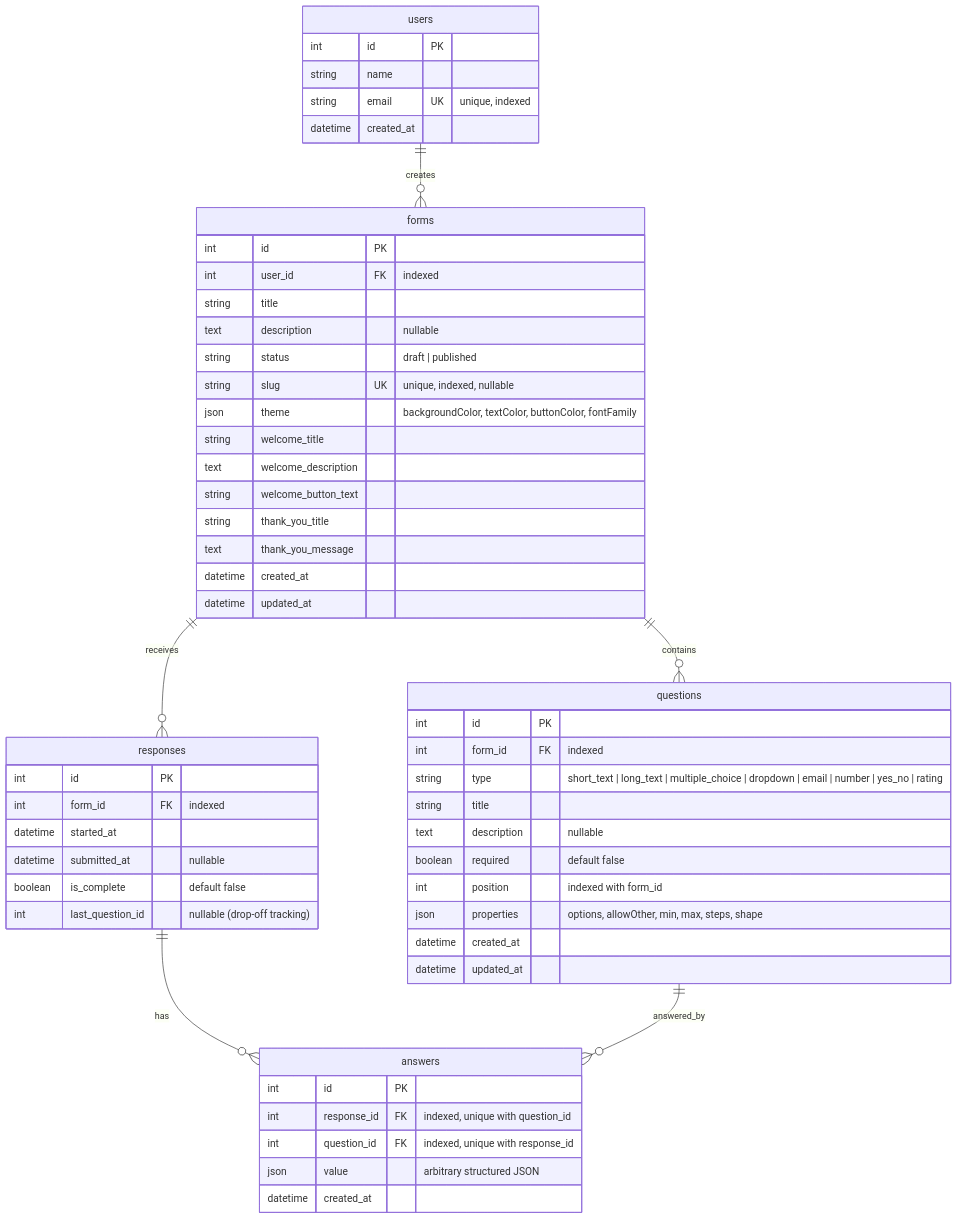
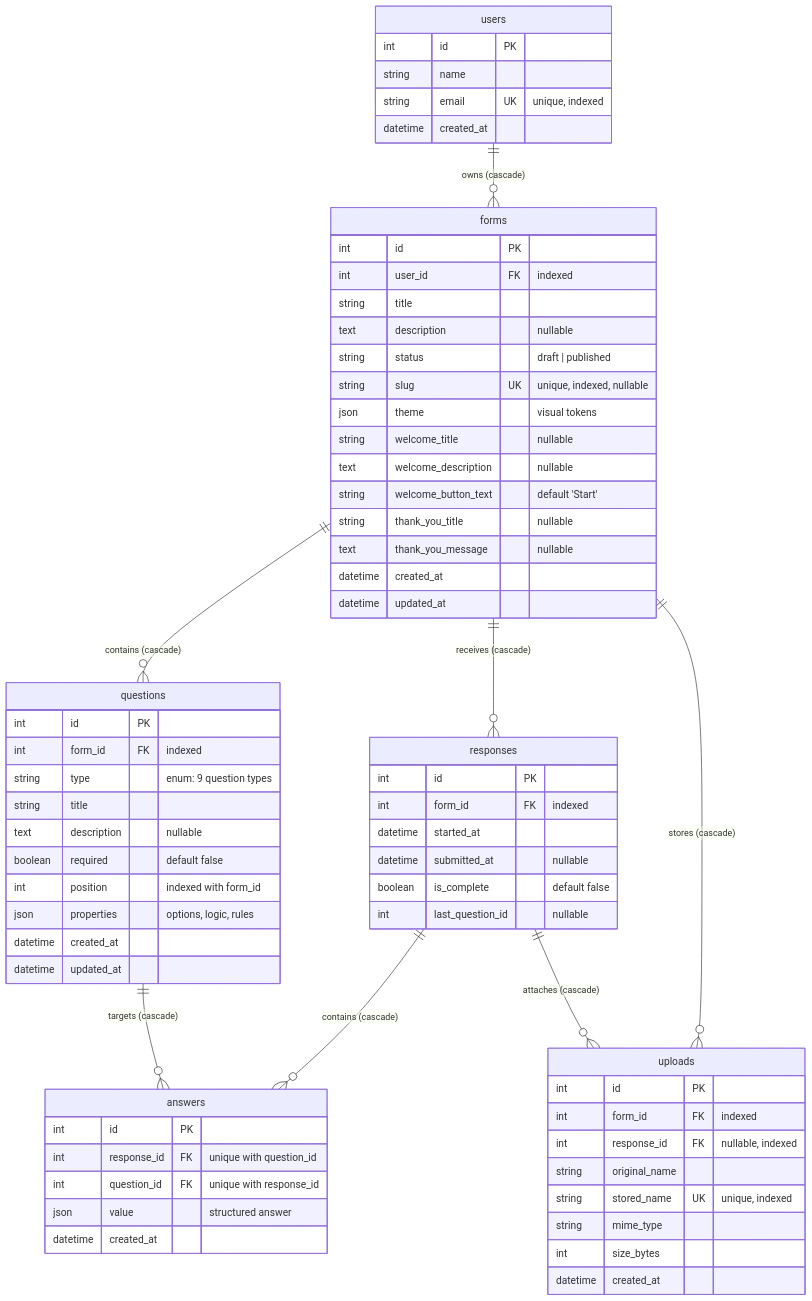
One commit to shubhamsharmass0001/scaler-typeform-builder changed the fourth of 15 diagrams in README.md. Above: the diagram before and after it, drawn with Mermaid. The commit also changed other lines of this file and 30 other files, not shown here.

Commit message:
docs: add HLD and LLD architecture diagrams

````diff
--- a/README.md
+++ b/README.md
@@ -79,62 +212,75 @@
 ```mermaid
 erDiagram
-    users ||--o{ forms : "creates"
-    forms ||--o{ questions : "contains"
-    forms ||--o{ responses : "receives"
-    responses ||--o{ answers : "has"
-    questions ||--o{ answers : "answered_by"
+    users ||--o{ forms : "owns (cascade)"
+    forms ||--o{ questions : "contains (cascade)"
+    forms ||--o{ responses : "receives (cascade)"
+    forms ||--o{ uploads : "stores (cascade)"
+    responses ||--o{ answers : "contains (cascade)"
+    responses ||--o{ uploads : "attaches (cascade)"
+    questions ||--o{ answers : "targets (cascade)"
 
     users {
         int id PK
         string name
         string email UK "unique, indexed"
         datetime created_at
     }
 
     forms {
         int id PK
         int user_id FK "indexed"
         string title
         text description "nullable"
         string status "draft | published"
         string slug UK "unique, indexed, nullable"
-        json theme "backgroundColor, textColor, buttonColor, fontFamily"
-        string welcome_title
-        text welcome_description
-        string welcome_button_text
-        string thank_you_title
-        text thank_you_message
+        json theme "visual tokens"
+        string welcome_title "nullable"
+        text welcome_description "nullable"
+        string welcome_button_text "default 'Start'"
+        string thank_you_title "nullable"
+        text thank_you_message "nullable"
         datetime created_at
         datetime updated_at
     }
 
     questions {
         int id PK
         int form_id FK "indexed"
-        string type "short_text | long_text | multiple_choice | dropdown | email | number | yes_no | rating"
+        string type "enum: 9 question types"
         string title
         text description "nullable"
         boolean required "default false"
         int position "indexed with form_id"
-        json properties "options, allowOther, min, max, steps, shape"
+        json properties "options, logic, rules"
         datetime created_at
         datetime updated_at
     }
 
     responses {
         int id PK
         int form_id FK "indexed"
         datetime started_at
         datetime submitted_at "nullable"
         boolean is_complete "default false"
-        int last_question_id "nullable (drop-off tracking)"
+        int last_question_id "nullable"
     }
 
     answers {
         int id PK
-        int response_id FK "indexed, unique with question_id"
-        int question_id FK "indexed, unique with response_id"
-        json value "arbitrary structured JSON"
+        int response_id FK "unique with question_id"
+        int question_id FK "unique with response_id"
+        json value "structured answer"
+        datetime created_at
+    }
+
+    uploads {
+        int id PK
+        int form_id FK "indexed"
+        int response_id FK "nullable, indexed"
+        string original_name
+        string stored_name UK "unique, indexed"
+        string mime_type
+        int size_bytes
         datetime created_at
     }
 ```
````
